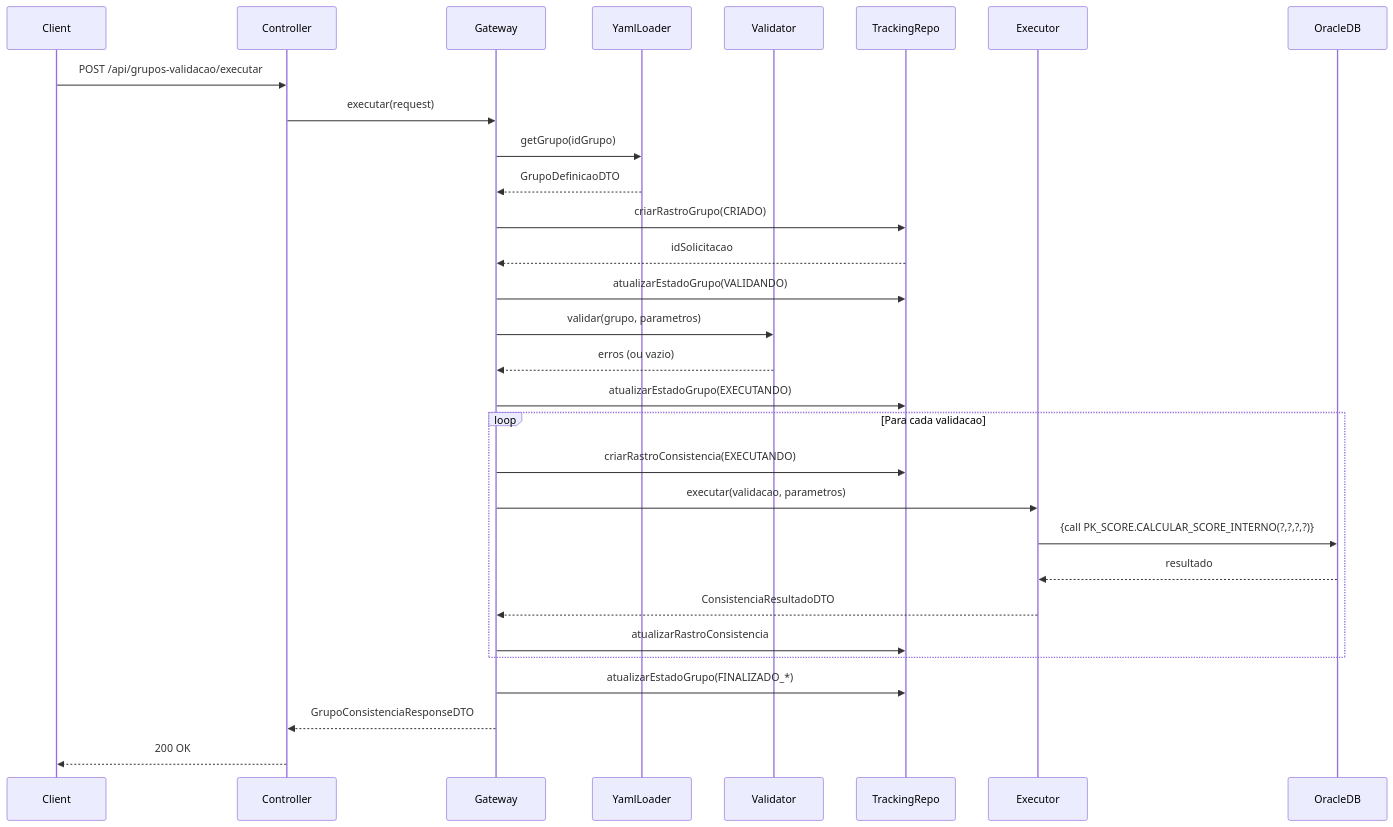
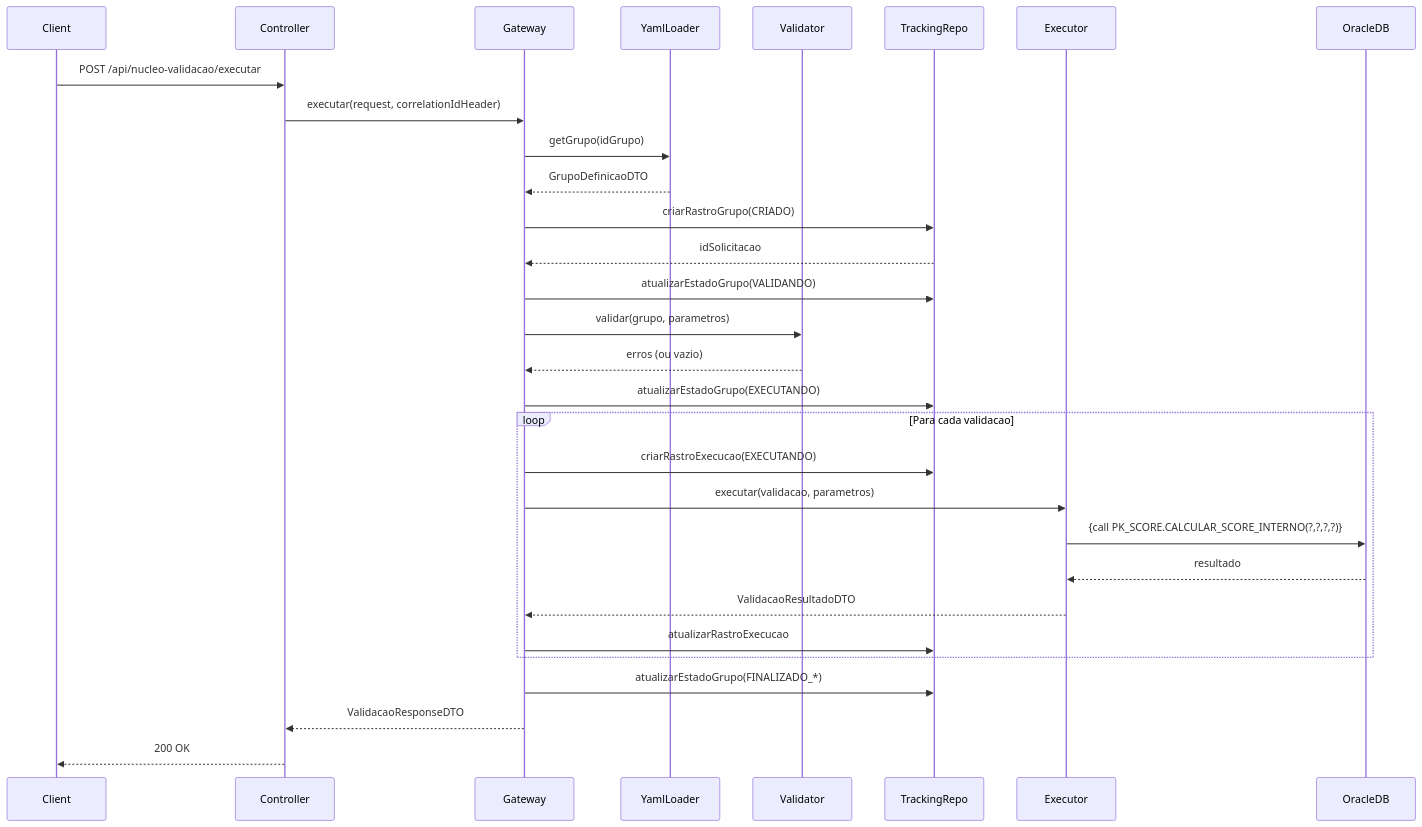
The diagram in docs/system-feature-flows.md (odevpedro/nucleo-validacao), drawn with Mermaid before and after one commit. The commit also changed other lines of this file and 11 other files, not shown here.

First line of the commit message:
refactor: remove correlationId do request body para header X-Correlation-Id

````diff
--- a/docs/system-feature-flows.md
+++ b/docs/system-feature-flows.md
@@ -233,33 +233,33 @@
 ```mermaid
 sequenceDiagram
     participant Client
     participant Controller
     participant Gateway
     participant YamlLoader
     participant Validator
     participant TrackingRepo
     participant Executor
     participant OracleDB
 
-    Client->>Controller: POST /api/grupos-validacao/executar
-    Controller->>Gateway: executar(request)
+    Client->>Controller: POST /api/nucleo-validacao/executar
+    Controller->>Gateway: executar(request, correlationIdHeader)
     Gateway->>YamlLoader: getGrupo(idGrupo)
     YamlLoader-->>Gateway: GrupoDefinicaoDTO
     Gateway->>TrackingRepo: criarRastroGrupo(CRIADO)
     TrackingRepo-->>Gateway: idSolicitacao
     Gateway->>TrackingRepo: atualizarEstadoGrupo(VALIDANDO)
     Gateway->>Validator: validar(grupo, parametros)
     Validator-->>Gateway: erros (ou vazio)
     Gateway->>TrackingRepo: atualizarEstadoGrupo(EXECUTANDO)
     loop Para cada validacao
-        Gateway->>TrackingRepo: criarRastroConsistencia(EXECUTANDO)
+        Gateway->>TrackingRepo: criarRastroExecucao(EXECUTANDO)
         Gateway->>Executor: executar(validacao, parametros)
         Executor->>OracleDB: {call PK_SCORE.CALCULAR_SCORE_INTERNO(?,?,?,?)}
         OracleDB-->>Executor: resultado
-        Executor-->>Gateway: ConsistenciaResultadoDTO
-        Gateway->>TrackingRepo: atualizarRastroConsistencia
+        Executor-->>Gateway: ValidacaoResultadoDTO
+        Gateway->>TrackingRepo: atualizarRastroExecucao
     end
     Gateway->>TrackingRepo: atualizarEstadoGrupo(FINALIZADO_*)
-    Gateway-->>Controller: GrupoConsistenciaResponseDTO
+    Gateway-->>Controller: ValidacaoResponseDTO
     Controller-->>Client: 200 OK
 ```
````
